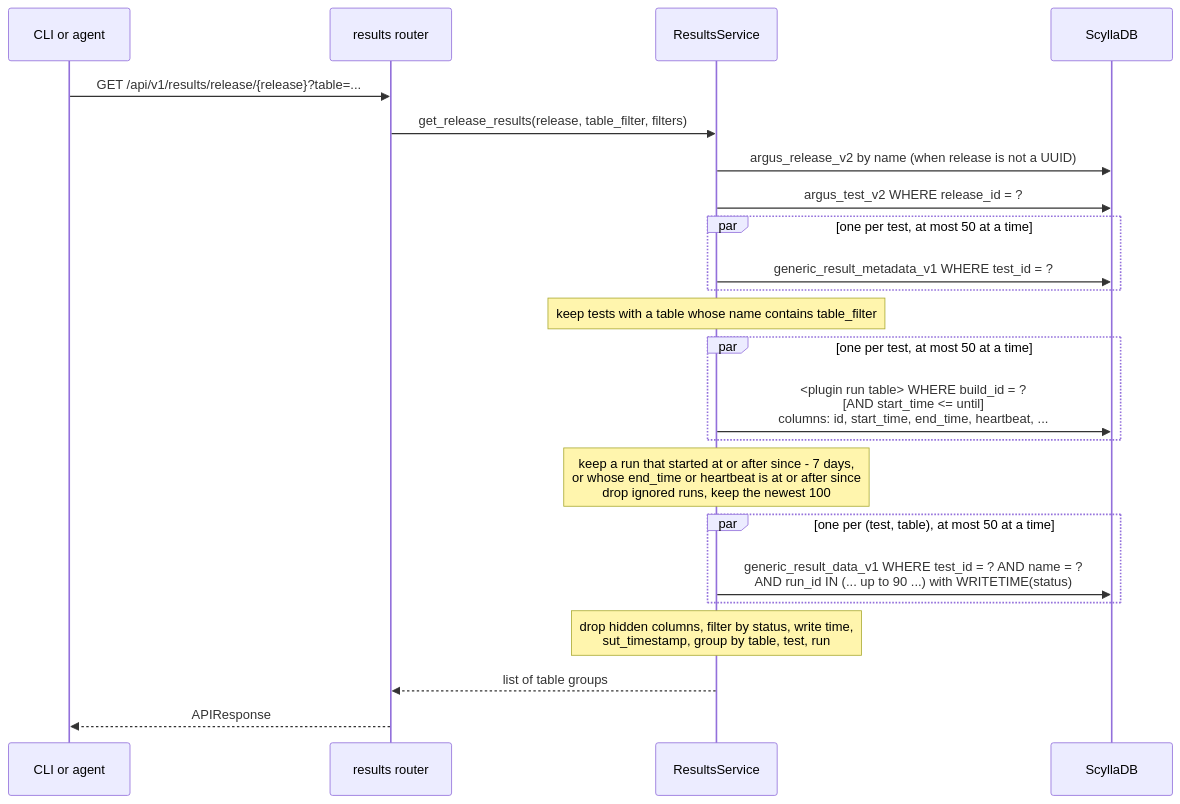
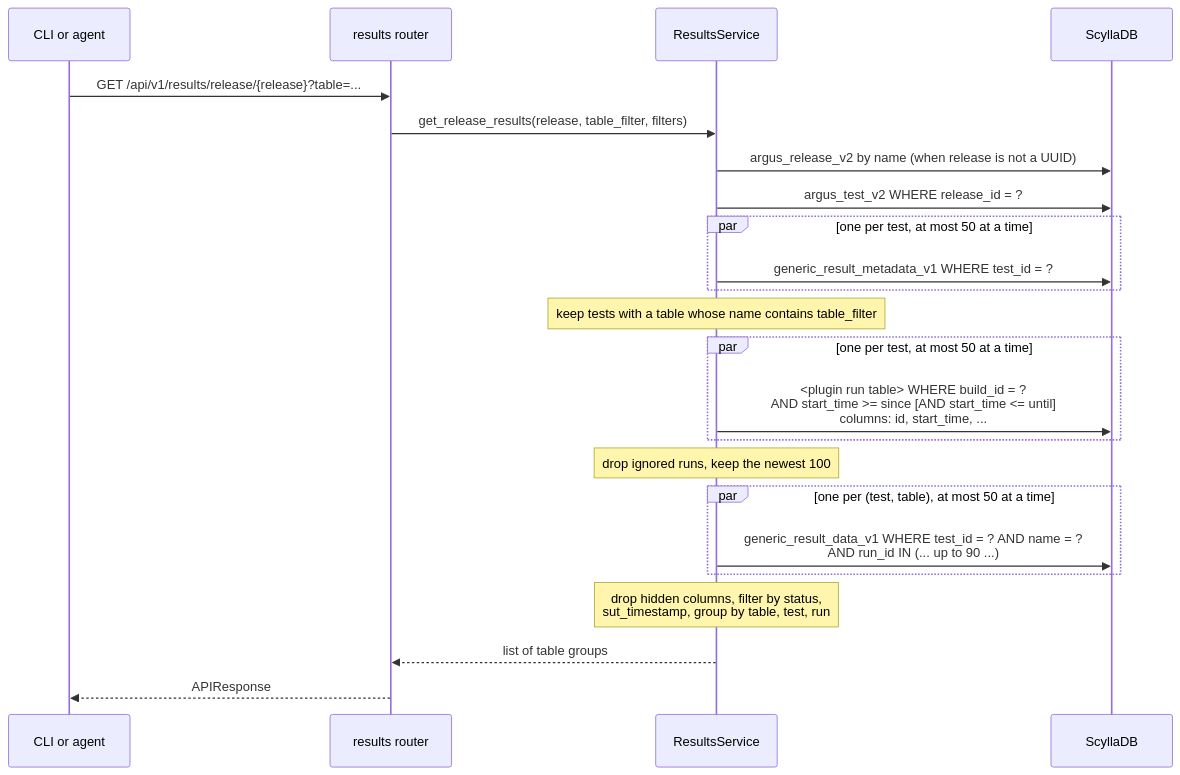
One commit to scylladb/argus changed the diagram in tasks/ARGUS-176/spec.md. Above: the diagram before and after it, drawn with Mermaid. The commit also changed other lines of this file and 8 other files, not shown here.

First line of the commit message:
refactor(results): filter the release read by the start time of the run

````diff
--- a/tasks/ARGUS-176/spec.md
+++ b/tasks/ARGUS-176/spec.md
@@ -48,25 +48,25 @@
 ```mermaid
 sequenceDiagram
     participant C as CLI or agent
     participant R as results router
     participant S as ResultsService
     participant DB as ScyllaDB
     C->>R: GET /api/v1/results/release/{release}?table=...
     R->>S: get_release_results(release, table_filter, filters)
     S->>DB: argus_release_v2 by name (when release is not a UUID)
     S->>DB: argus_test_v2 WHERE release_id = ?
     par one per test, at most 50 at a time
         S->>DB: generic_result_metadata_v1 WHERE test_id = ?
     end
     Note over S: keep tests with a table whose name contains table_filter
     par one per test, at most 50 at a time
-        S->>DB: <plugin run table> WHERE build_id = ?<br/>[AND start_time <= until]<br/>columns: id, start_time, end_time, heartbeat, ...
+        S->>DB: <plugin run table> WHERE build_id = ?<br/>AND start_time >= since [AND start_time <= until]<br/>columns: id, start_time, ...
     end
-    Note over S: keep a run that started at or after since - 7 days,<br/>or whose end_time or heartbeat is at or after since<br/>drop ignored runs, keep the newest 100
+    Note over S: drop ignored runs, keep the newest 100
     par one per (test, table), at most 50 at a time
-        S->>DB: generic_result_data_v1 WHERE test_id = ? AND name = ?<br/>AND run_id IN (... up to 90 ...) with WRITETIME(status)
+        S->>DB: generic_result_data_v1 WHERE test_id = ? AND name = ?<br/>AND run_id IN (... up to 90 ...)
     end
-    Note over S: drop hidden columns, filter by status, write time,<br/>sut_timestamp, group by table, test, run
+    Note over S: drop hidden columns, filter by status,<br/>sut_timestamp, group by table, test, run
     S-->>R: list of table groups
     R-->>C: APIResponse
 ```
````
